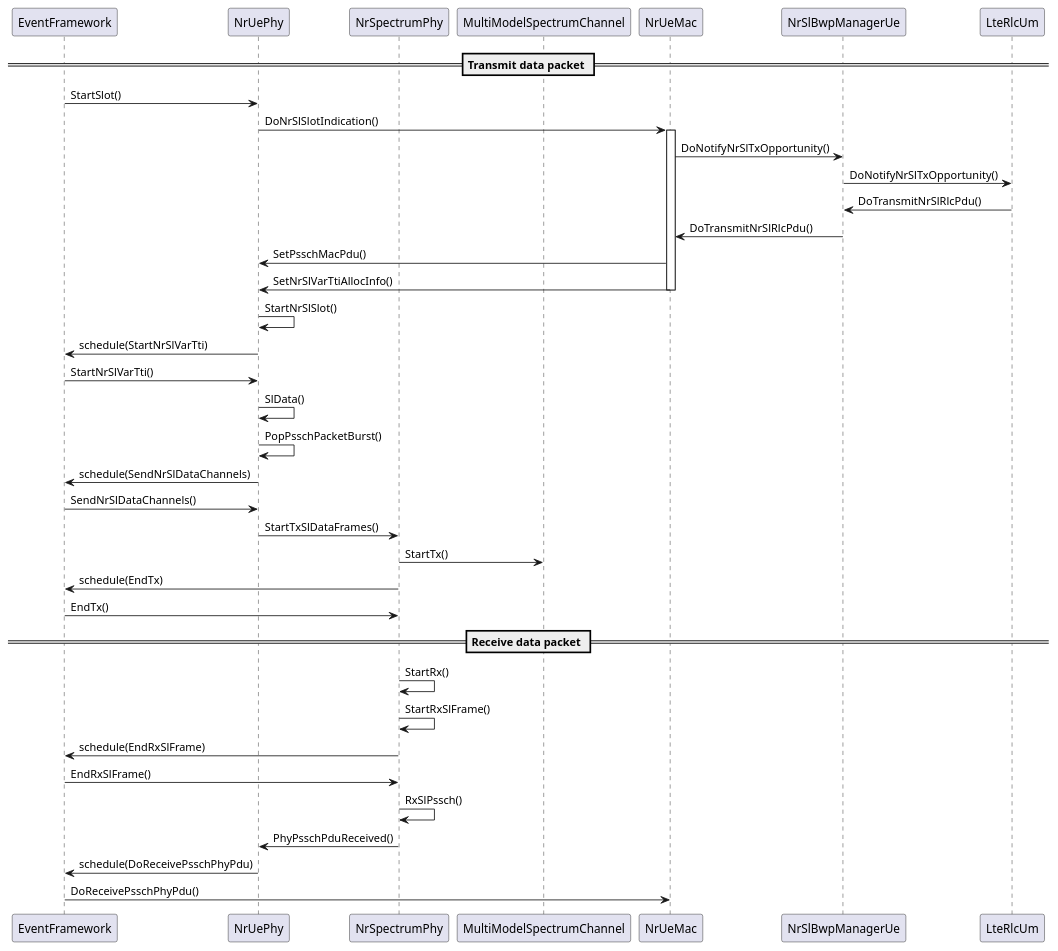
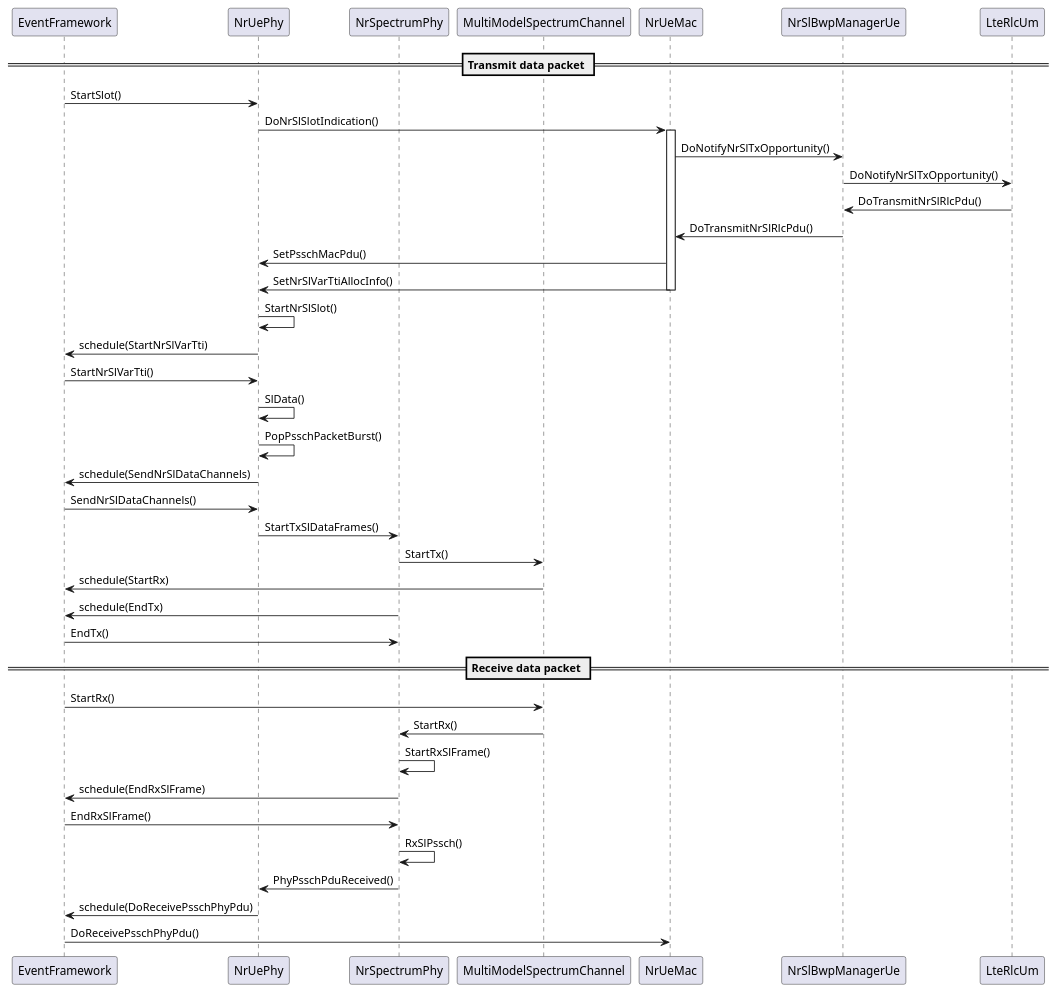
One commit to Fastium/bachelor-nr-v2x-simulation changed the diagram in diagram/mac-phy-spectrum-sequence.puml. Above: the diagram before and after it, drawn with PlantUML. The commit also changed 1 other file, not shown here.

Commit message:
update diagramm

```diff
--- a/diagram/mac-phy-spectrum-sequence.puml
+++ b/diagram/mac-phy-spectrum-sequence.puml
@@ -1,57 +1,59 @@
 @startuml main-sequence
 
 participant EventFramework as event
 
 participant NrUePhy as phy
 participant NrSpectrumPhy as spectrum
 participant MultiModelSpectrumChannel as spectrumChannel
 
 participant NrUeMac as mac
 
 participant NrSlBwpManagerUe as bwp
 participant LteRlcUm as rlc
 
 == Transmit data packet ==
 
 
 
 event -> phy : StartSlot()
 phy -> mac : DoNrSlSlotIndication()
 activate mac
     mac -> bwp : DoNotifyNrSlTxOpportunity()
     bwp -> rlc : DoNotifyNrSlTxOpportunity()
     rlc -> bwp : DoTransmitNrSlRlcPdu()
     bwp -> mac : DoTransmitNrSlRlcPdu()
     mac -> phy : SetPsschMacPdu()
 
     mac -> phy : SetNrSlVarTtiAllocInfo()
 deactivate mac
 
 phy -> phy : StartNrSlSlot()
 phy -> event : schedule(StartNrSlVarTti)
 event -> phy : StartNrSlVarTti()
 phy -> phy : SlData()
 phy -> phy : PopPsschPacketBurst()
 phy -> event : schedule(SendNrSlDataChannels)
 event -> phy : SendNrSlDataChannels()
 
 phy -> spectrum : StartTxSlDataFrames()
 spectrum -> spectrumChannel : StartTx()
+spectrumChannel -> event : schedule(StartRx)
 
 spectrum -> event : schedule(EndTx)
 event -> spectrum : EndTx()
 
 == Receive data packet ==
 
-spectrum -> spectrum : StartRx()
+event -> spectrumChannel : StartRx()
+spectrumChannel -> spectrum : StartRx()
 spectrum -> spectrum : StartRxSlFrame()
 spectrum -> event : schedule(EndRxSlFrame)
 
 event -> spectrum : EndRxSlFrame()
 spectrum -> spectrum : RxSlPssch()
 spectrum -> phy : PhyPsschPduReceived()
 
 phy -> event : schedule(DoReceivePsschPhyPdu)
 event -> mac : DoReceivePsschPhyPdu()
 
 @enduml
```
